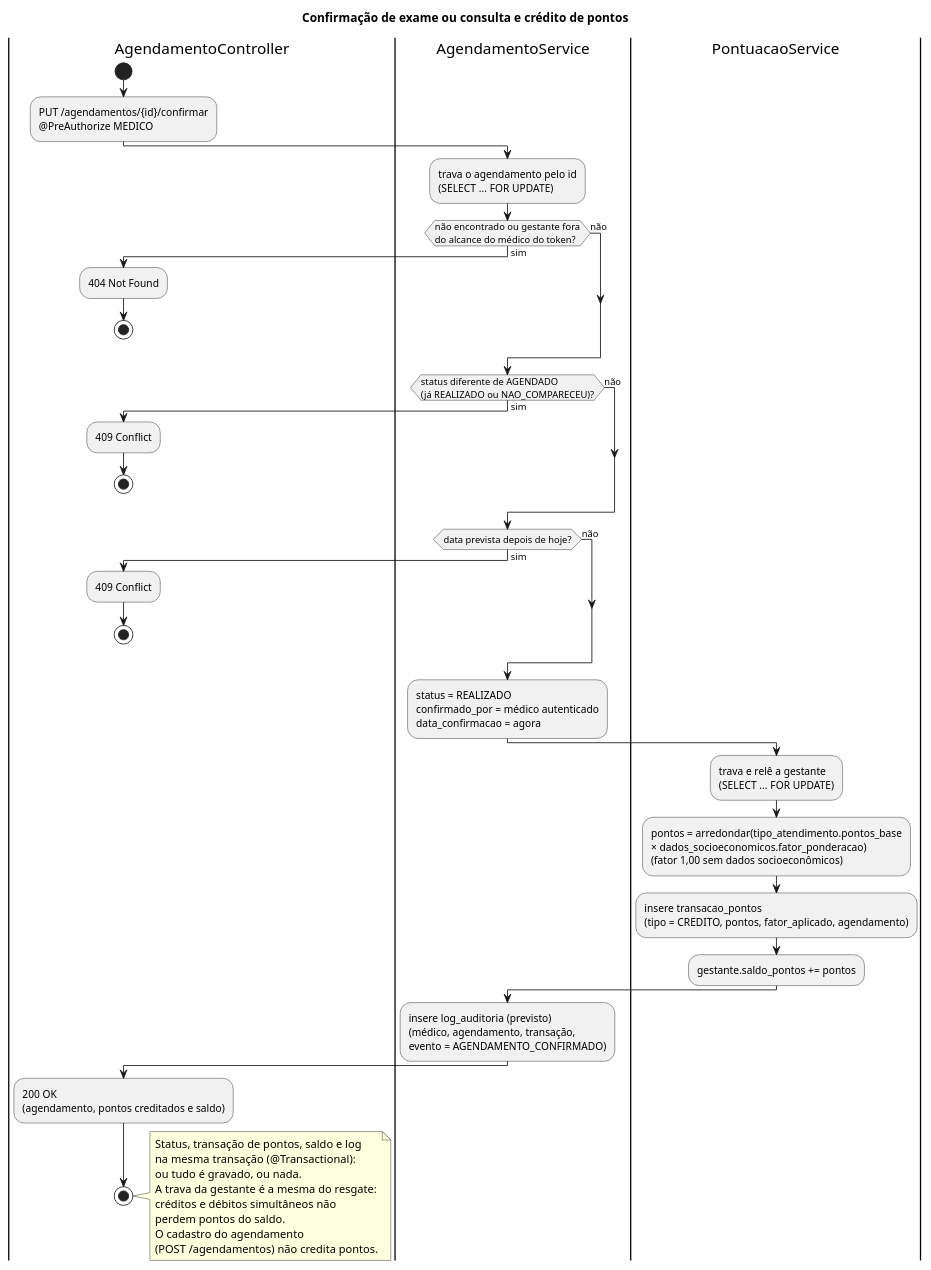
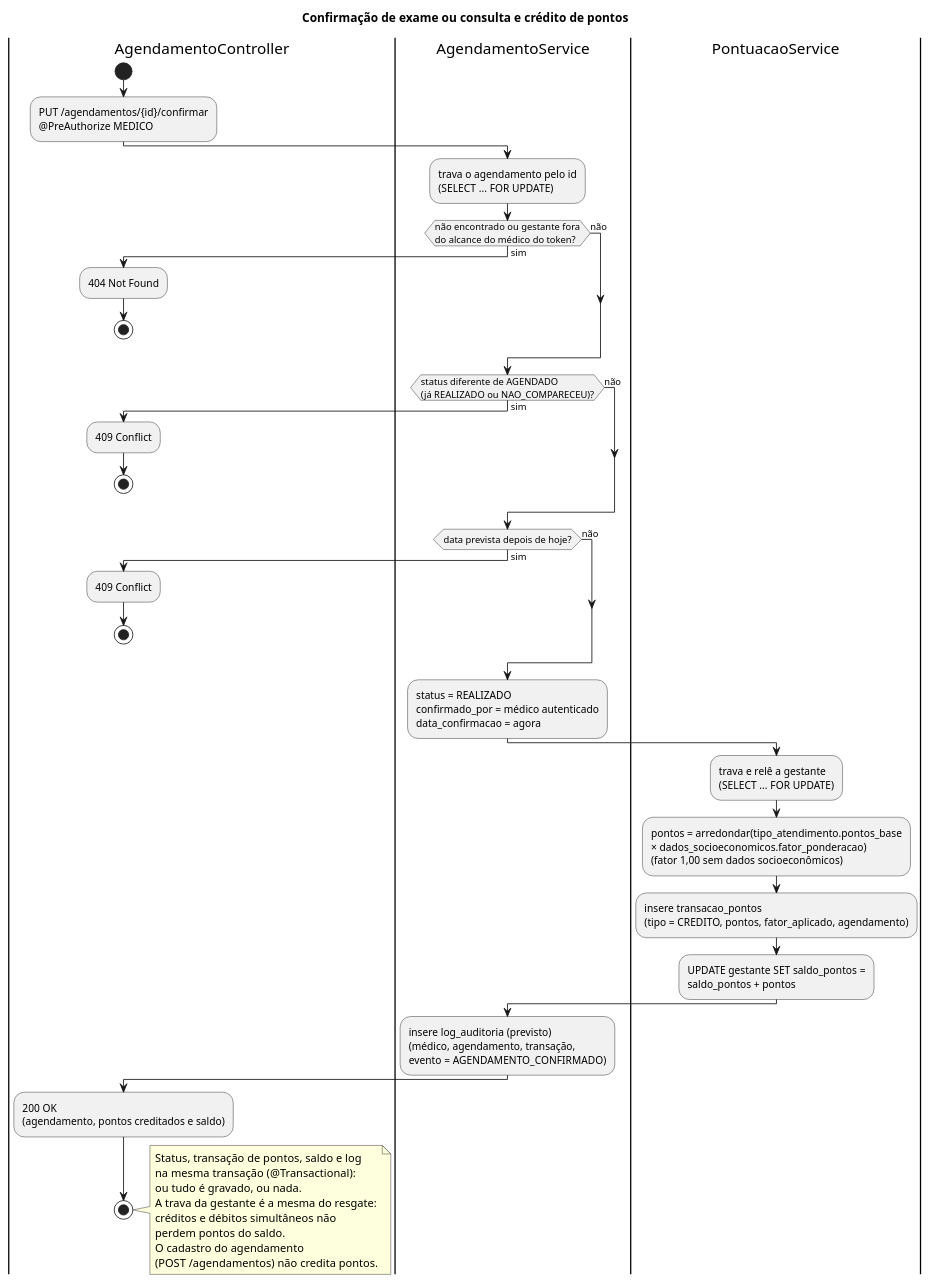
Before and after one commit to CozyShelf/previna-backend: the diagram in docs/implementation-diagrams/confirmacao-pontos/confirmacao-pontos.puml, drawn with PlantUML. The commit also changed 3 other files, not shown here.

```diff
--- a/docs/implementation-diagrams/confirmacao-pontos/confirmacao-pontos.puml
+++ b/docs/implementation-diagrams/confirmacao-pontos/confirmacao-pontos.puml
@@ -1,73 +1,74 @@
 @startuml confirmacao-pontos
 title Confirmação de exame ou consulta e crédito de pontos
 
 |AgendamentoController|
 start
 :PUT /agendamentos/{id}/confirmar
 @PreAuthorize MEDICO;
 
 |AgendamentoService|
 :trava o agendamento pelo id
 (SELECT ... FOR UPDATE);
 if (não encontrado ou gestante fora
 do alcance do médico do token?) then (sim)
   |AgendamentoController|
   :404 Not Found;
   stop
 else (não)
 endif
 
 |AgendamentoService|
 if (status diferente de AGENDADO
 (já REALIZADO ou NAO_COMPARECEU)?) then (sim)
   |AgendamentoController|
   :409 Conflict;
   stop
 else (não)
 endif
 
 |AgendamentoService|
 if (data prevista depois de hoje?) then (sim)
   |AgendamentoController|
   :409 Conflict;
   stop
 else (não)
 endif
 
 |AgendamentoService|
 :status = REALIZADO
 confirmado_por = médico autenticado
 data_confirmacao = agora;
 
 |PontuacaoService|
 :trava e relê a gestante
 (SELECT ... FOR UPDATE);
 :pontos = arredondar(tipo_atendimento.pontos_base
 × dados_socioeconomicos.fator_ponderacao)
 (fator 1,00 sem dados socioeconômicos);
 :insere transacao_pontos
 (tipo = CREDITO, pontos, fator_aplicado, agendamento);
-:gestante.saldo_pontos += pontos;
+:UPDATE gestante SET saldo_pontos =
+saldo_pontos + pontos;
 
 |AgendamentoService|
 :insere log_auditoria (previsto)
 (médico, agendamento, transação,
 evento = AGENDAMENTO_CONFIRMADO);
 
 |AgendamentoController|
 :200 OK
 (agendamento, pontos creditados e saldo);
 stop
 
 note right
   Status, transação de pontos, saldo e log
   na mesma transação (@Transactional):
   ou tudo é gravado, ou nada.
   A trava da gestante é a mesma do resgate:
   créditos e débitos simultâneos não
   perdem pontos do saldo.
   O cadastro do agendamento
   (POST /agendamentos) não credita pontos.
 end note
 
 @enduml
```
